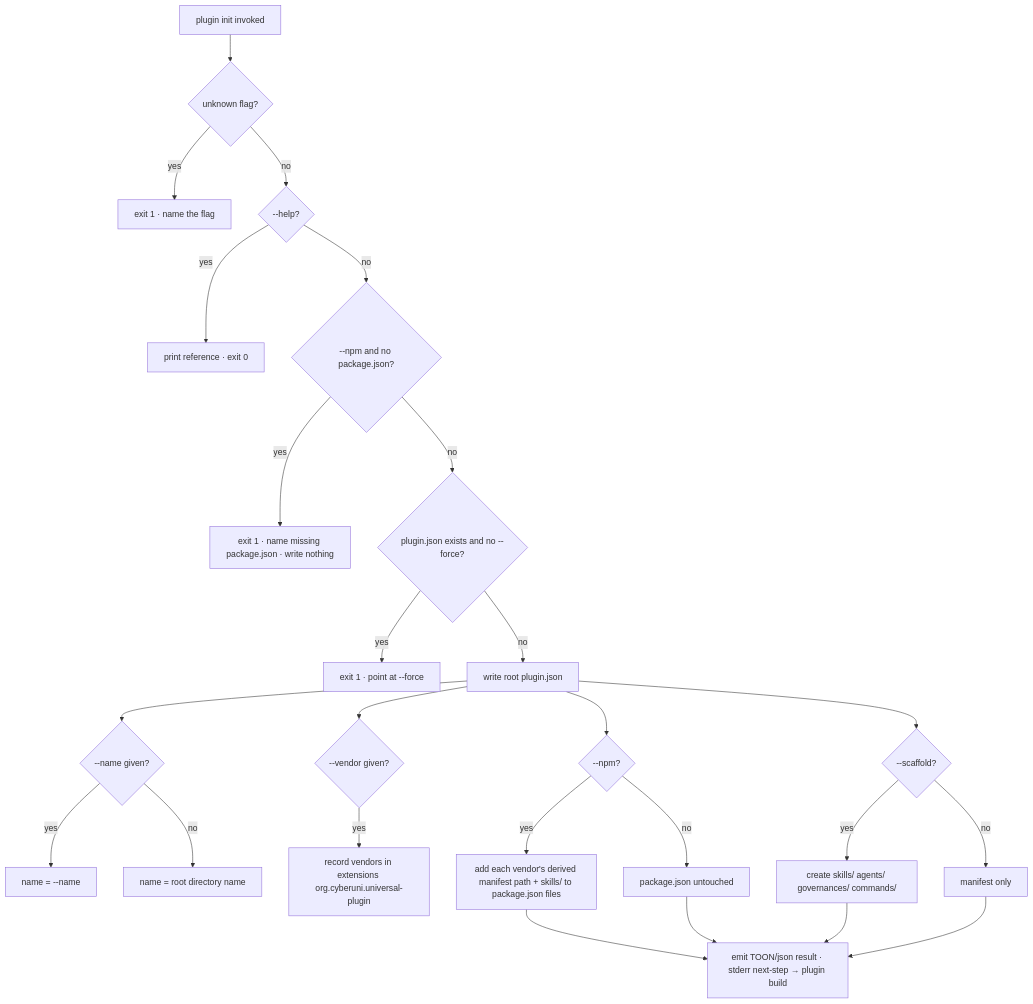
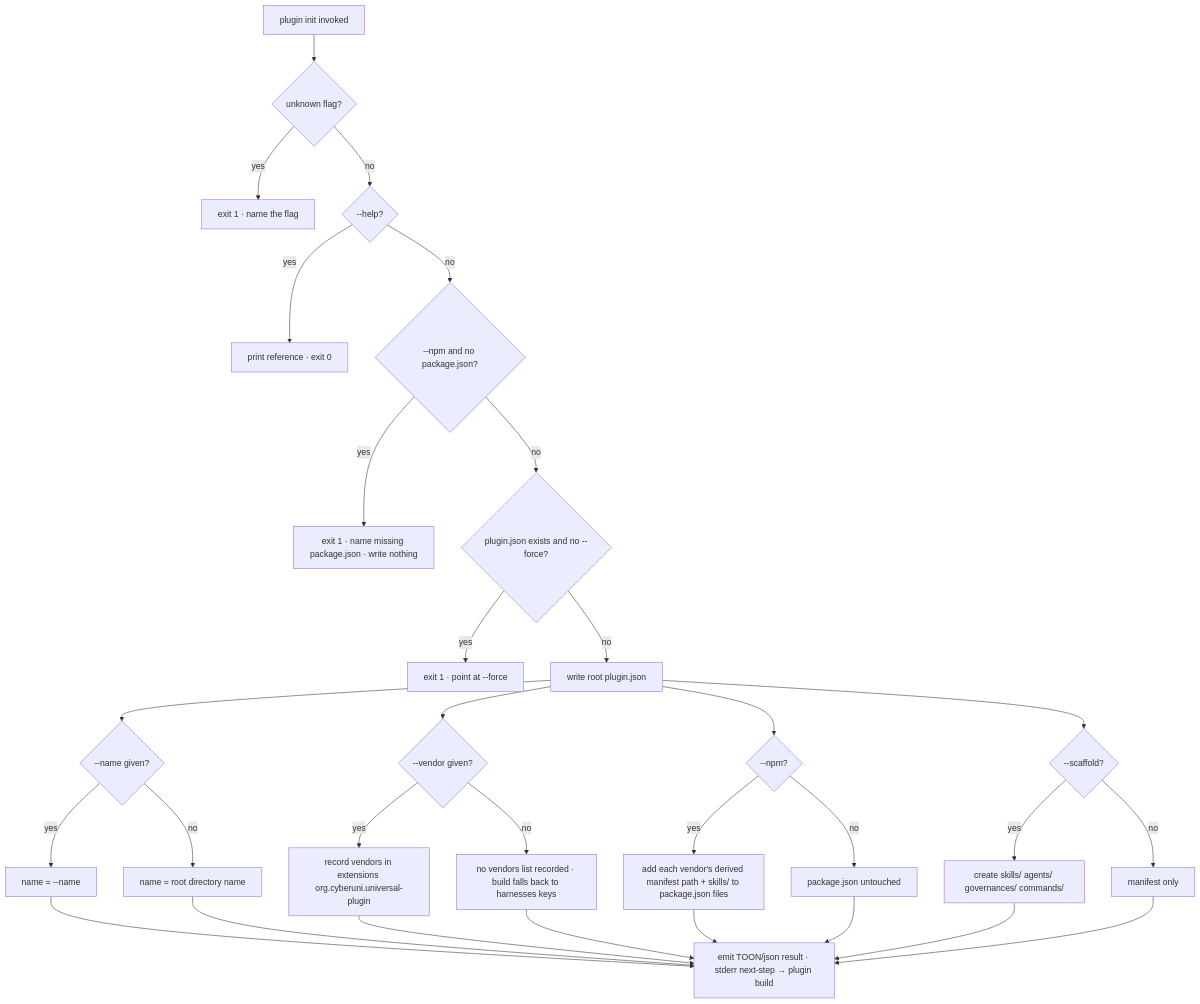
The diagram in packages/universal-plugin/.agents/spec/plugin/init/README.md (cyberuni/universal-plugin), drawn with Mermaid before and after one commit. The commit also changed other lines of this file and 2 other files, not shown here.

````diff
--- a/packages/universal-plugin/.agents/spec/plugin/init/README.md
+++ b/packages/universal-plugin/.agents/spec/plugin/init/README.md
@@ -72,28 +74,33 @@
 ```mermaid
 graph TD
   A[plugin init invoked] --> UF{unknown flag?}
   UF -->|yes| E_UF[exit 1 · name the flag]
   UF -->|no| HELP{--help?}
   HELP -->|yes| E_HELP[print reference · exit 0]
   HELP -->|no| PRE{--npm and no package.json?}
   PRE -->|yes| E_PRE[exit 1 · name missing package.json · write nothing]
   PRE -->|no| EX{plugin.json exists and no --force?}
   EX -->|yes| E_EX[exit 1 · point at --force]
   EX -->|no| W[write root plugin.json]
   W --> NM{--name given?}
   NM -->|yes| nm1[name = --name]
   NM -->|no| nm2[name = root directory name]
   W --> VN{--vendor given?}
   VN -->|yes| vn1[record vendors in extensions org.cyberuni.universal-plugin]
+  VN -->|no| vn2[no vendors list recorded · build falls back to harnesses keys]
   W --> SC{--scaffold?}
   SC -->|yes| sc1[create skills/ agents/ governances/ commands/]
   SC -->|no| sc2[manifest only]
   W --> NP{--npm?}
   NP -->|yes| wire[add each vendor's derived manifest path + skills/ to package.json files]
   NP -->|no| skip[package.json untouched]
+  nm1 --> OUT
+  nm2 --> OUT
+  vn1 --> OUT
+  vn2 --> OUT
   wire --> OUT
   skip --> OUT
   sc1 --> OUT
   sc2 --> OUT
   OUT[emit TOON/json result · stderr next-step → plugin build]
 ```
````
